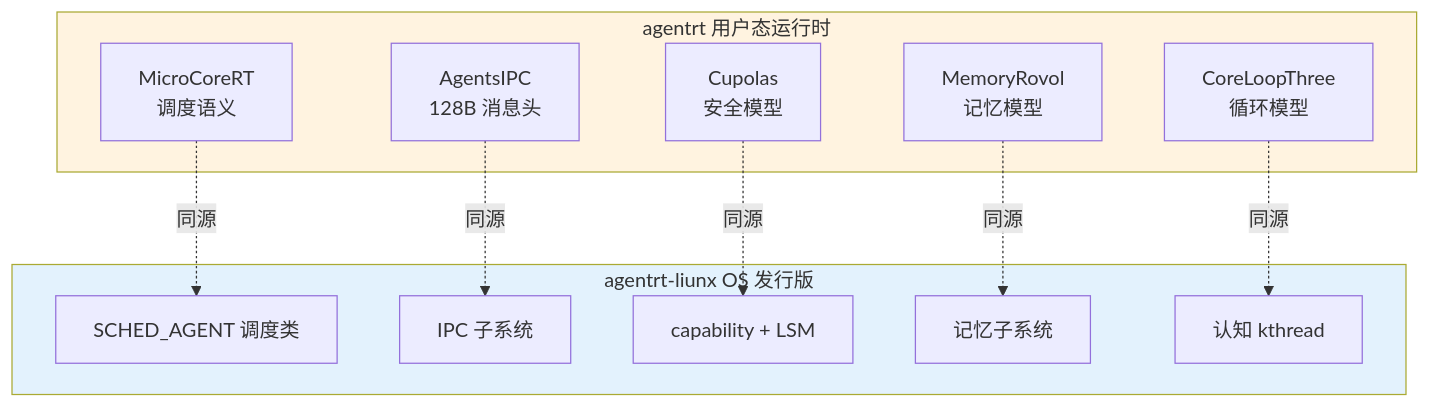
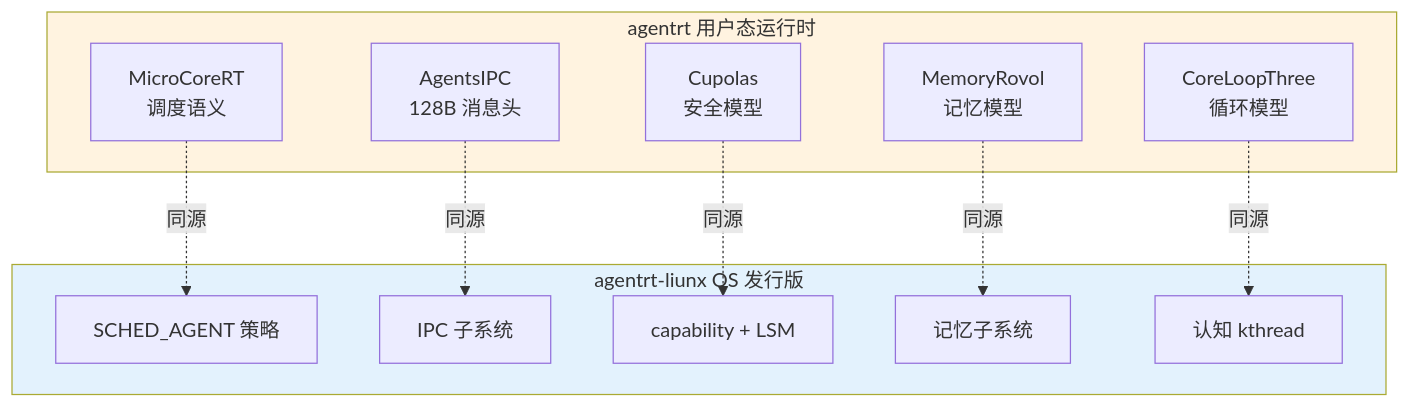
The second of 2 diagrams in 130-roadmap/01-development-strategy.md (openairymax/docs-linux), drawn with Mermaid before and after one commit. The commit also changed other lines of this file and 37 other files, not shown here.

````diff
--- a/130-roadmap/01-development-strategy.md
+++ b/130-roadmap/01-development-strategy.md
@@ -314,24 +314,24 @@
 ```mermaid
 graph TB
     subgraph agentrt[agentrt 用户态运行时]
         A1[MicroCoreRT<br/>调度语义]
         A2[AgentsIPC<br/>128B 消息头]
         A3[Cupolas<br/>安全模型]
         A4[MemoryRovol<br/>记忆模型]
         A5[CoreLoopThree<br/>循环模型]
     end
     subgraph agentrt-liunx[agentrt-liunx OS 发行版]
-        O1[SCHED_AGENT 调度类]
+        O1[SCHED_AGENT 策略]
         O2[IPC 子系统]
         O3[capability + LSM]
         O4[记忆子系统]
         O5[认知 kthread]
     end
     A1 -.同源.-> O1
     A2 -.同源.-> O2
     A3 -.同源.-> O3
     A4 -.同源.-> O4
     A5 -.同源.-> O5
     style agentrt fill:#fff3e0
     style agentrt-liunx fill:#e3f2fd
 ```
````
